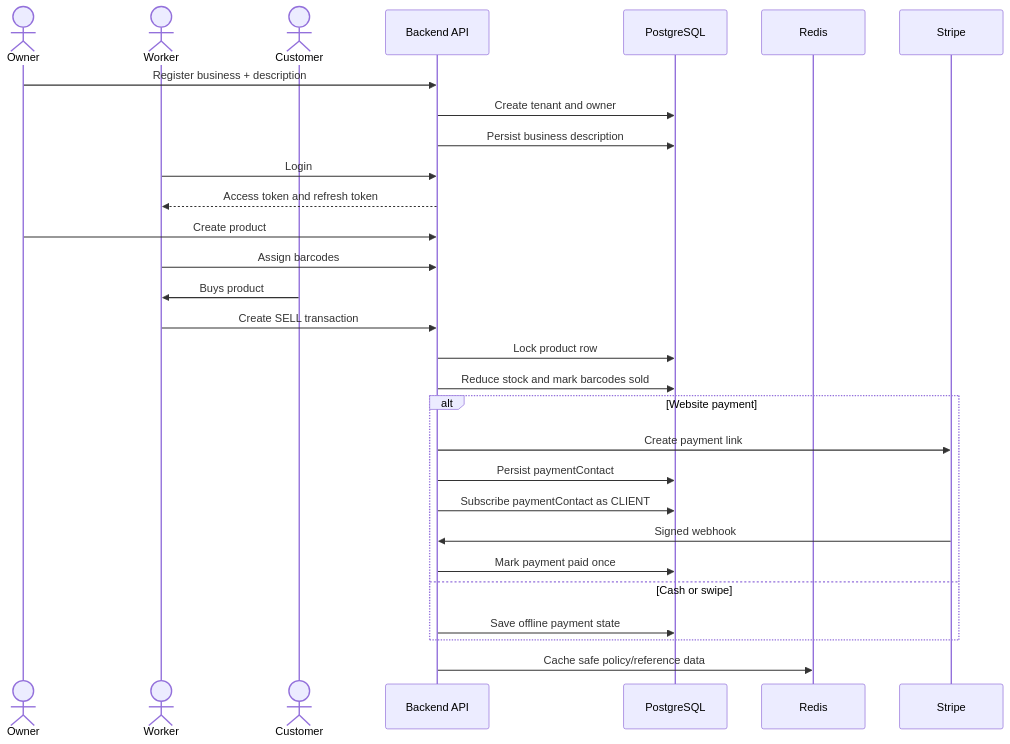
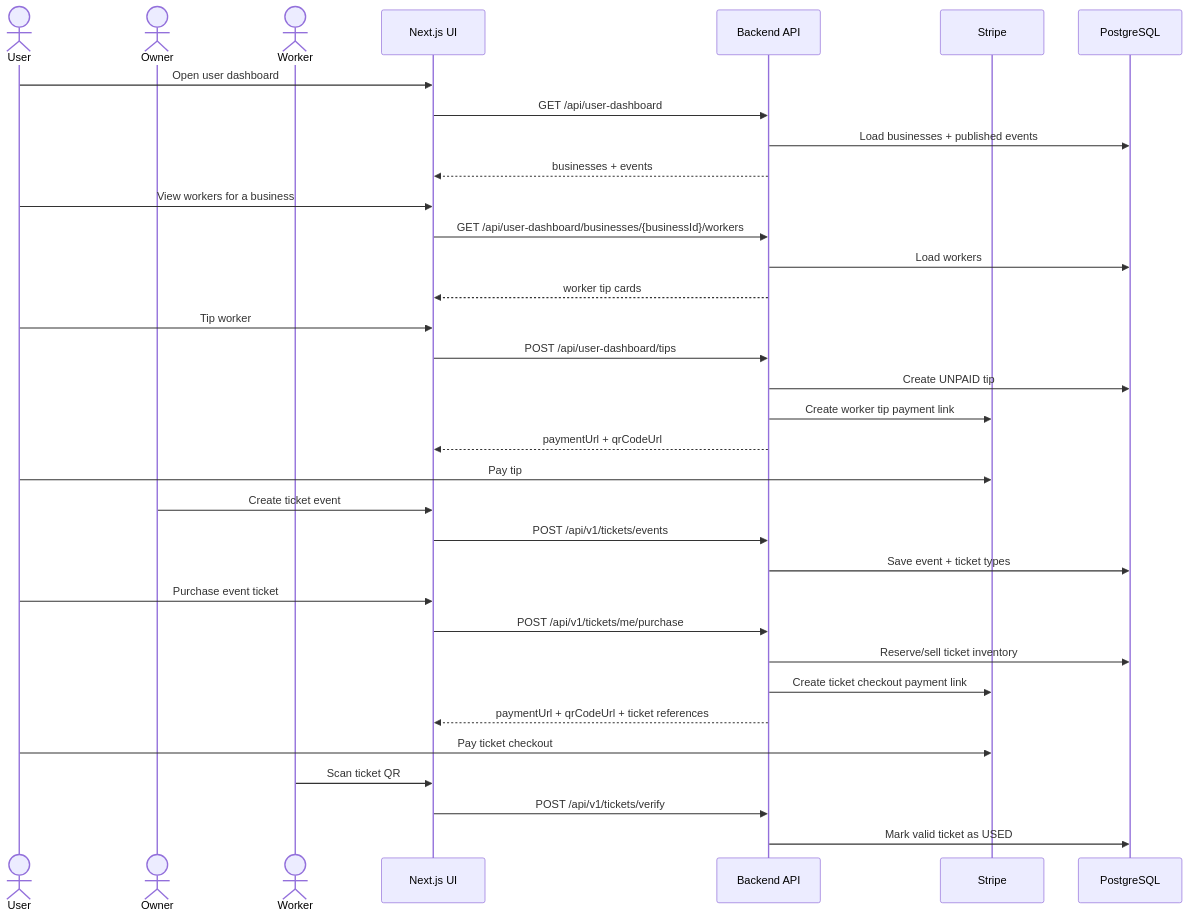
The second of 4 diagrams in README.md (leonard1thecoder/king-sparkon-tracker-backend), drawn with Mermaid before and after one commit. The commit also changed other lines of this file, not shown here.

Commit message:
Update README for dashboard payments and system design

````diff
--- a/README.md
+++ b/README.md
@@ -45,32 +42,42 @@
 ```mermaid
 sequenceDiagram
+    actor User
     actor Owner
     actor Worker
-    actor Customer
+    participant UI as Next.js UI
     participant API as Backend API
+    participant Stripe
     participant DB as PostgreSQL
-    participant Redis
-    participant Stripe
 
-    Owner->>API: Register business + description
-    API->>DB: Create tenant and owner
-    API->>DB: Persist business description
-    Worker->>API: Login
-    API-->>Worker: Access token and refresh token
-    Owner->>API: Create product
-    Worker->>API: Assign barcodes
-    Customer->>Worker: Buys product
-    Worker->>API: Create SELL transaction
-    API->>DB: Lock product row
-    API->>DB: Reduce stock and mark barcodes sold
-    alt Website payment
-        API->>Stripe: Create payment link
-        API->>DB: Persist paymentContact
-        API->>DB: Subscribe paymentContact as CLIENT
-        Stripe->>API: Signed webhook
-        API->>DB: Mark payment paid once
-    else Cash or swipe
-        API->>DB: Save offline payment state
-    end
-    API->>Redis: Cache safe policy/reference data
+    User->>UI: Open user dashboard
+    UI->>API: GET /api/user-dashboard
+    API->>DB: Load businesses + published events
+    API-->>UI: businesses + events
+
+    User->>UI: View workers for a business
+    UI->>API: GET /api/user-dashboard/businesses/{businessId}/workers
+    API->>DB: Load workers
+    API-->>UI: worker tip cards
+
+    User->>UI: Tip worker
+    UI->>API: POST /api/user-dashboard/tips
+    API->>DB: Create UNPAID tip
+    API->>Stripe: Create worker tip payment link
+    API-->>UI: paymentUrl + qrCodeUrl
+    User->>Stripe: Pay tip
+
+    Owner->>UI: Create ticket event
+    UI->>API: POST /api/v1/tickets/events
+    API->>DB: Save event + ticket types
+
+    User->>UI: Purchase event ticket
+    UI->>API: POST /api/v1/tickets/me/purchase
+    API->>DB: Reserve/sell ticket inventory
+    API->>Stripe: Create ticket checkout payment link
+    API-->>UI: paymentUrl + qrCodeUrl + ticket references
+    User->>Stripe: Pay ticket checkout
+
+    Worker->>UI: Scan ticket QR
+    UI->>API: POST /api/v1/tickets/verify
+    API->>DB: Mark valid ticket as USED
 ```
````
